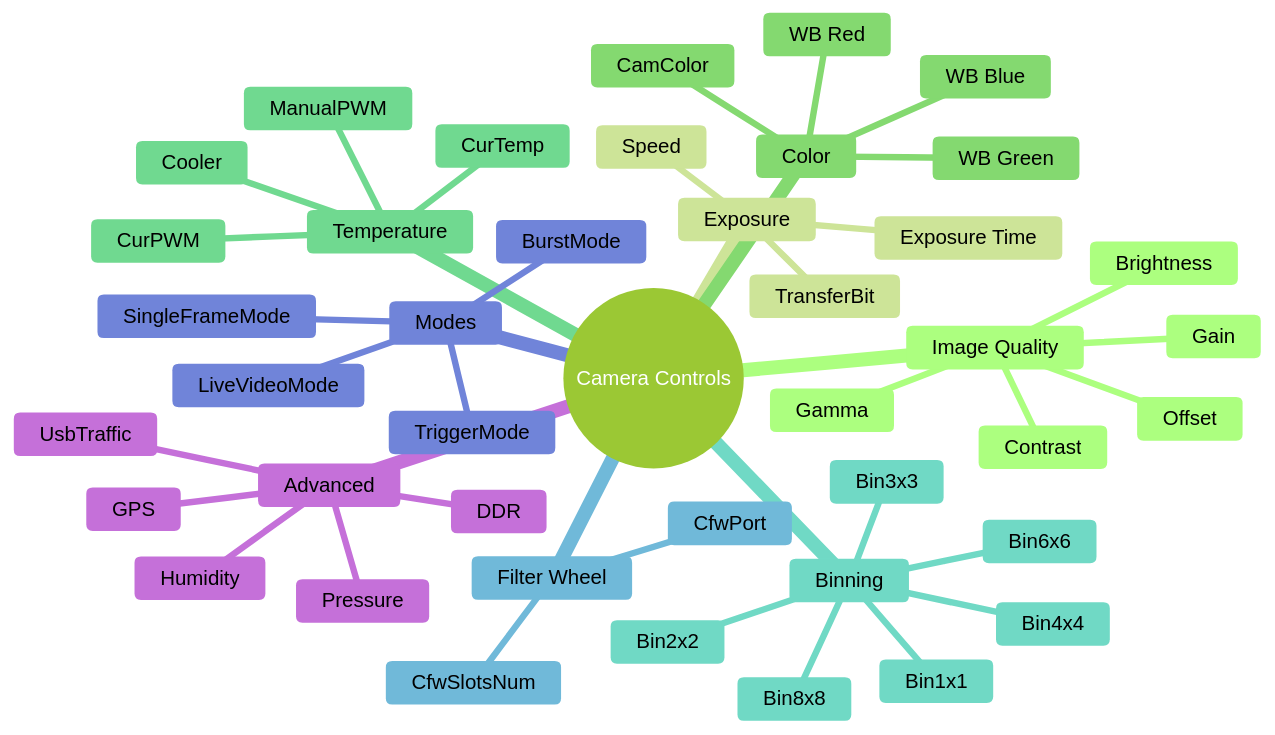
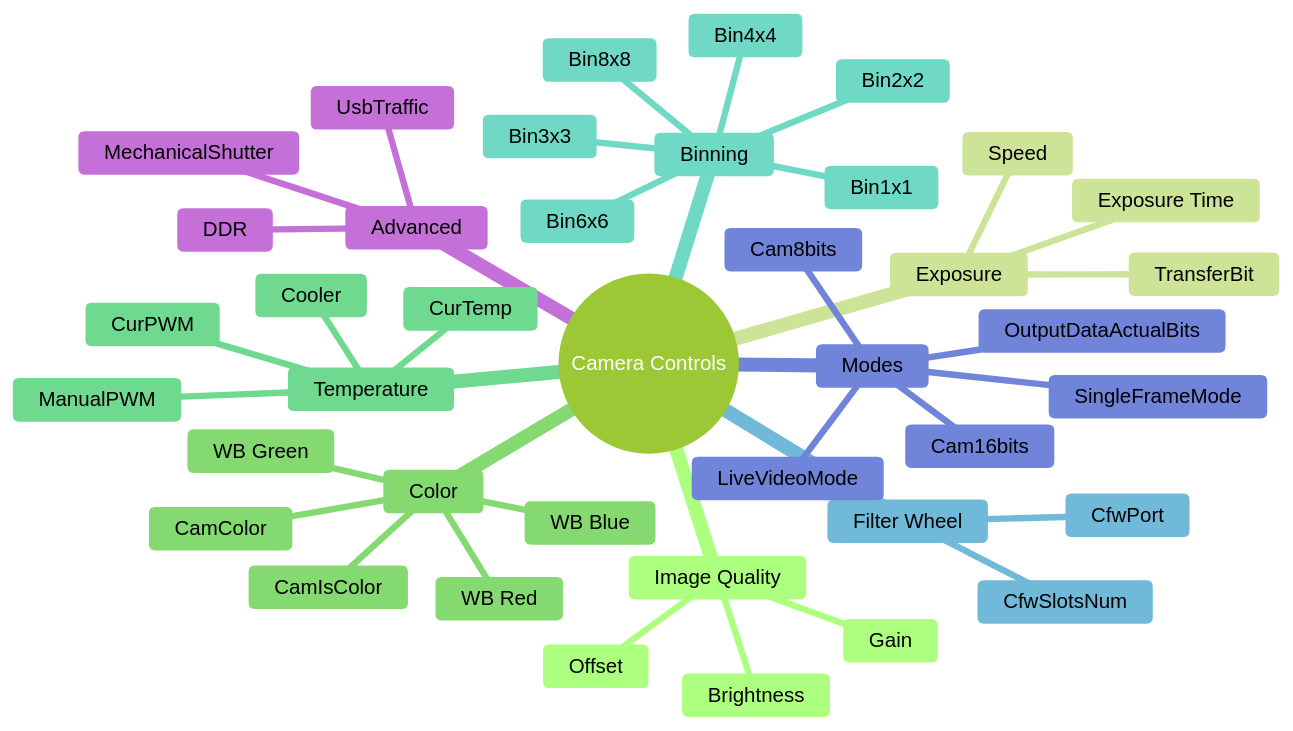
Diagram 14 of 19 in crates/qhyccd-rs/docs/qhyccd-rs.md (rusty-photon/rusty-photon), drawn with Mermaid (forest theme) before and after one commit. The commit also changed other lines of this file and 159 other files, not shown here.

````diff
--- a/crates/qhyccd-rs/docs/qhyccd-rs.md
+++ b/crates/qhyccd-rs/docs/qhyccd-rs.md
@@ -794,45 +818,43 @@
 ```mermaid
 mindmap
   root((Camera Controls))
     Image Quality
       Gain
       Offset
       Brightness
-      Contrast
-      Gamma
     Exposure
       Exposure Time
       Speed
       TransferBit
     Color
       WB Red
       WB Blue
       WB Green
       CamColor
+      CamIsColor
     Temperature
       Cooler
       CurTemp
       CurPWM
       ManualPWM
     Binning
       Bin1x1
       Bin2x2
       Bin3x3
       Bin4x4
       Bin6x6
       Bin8x8
     Filter Wheel
       CfwPort
       CfwSlotsNum
     Modes
       SingleFrameMode
       LiveVideoMode
-      TriggerMode
-      BurstMode
+      Cam8bits
+      Cam16bits
+      OutputDataActualBits
     Advanced
       UsbTraffic
       DDR
-      GPS
-      Humidity
-      Pressure
+      MechanicalShutter
 ```
````
